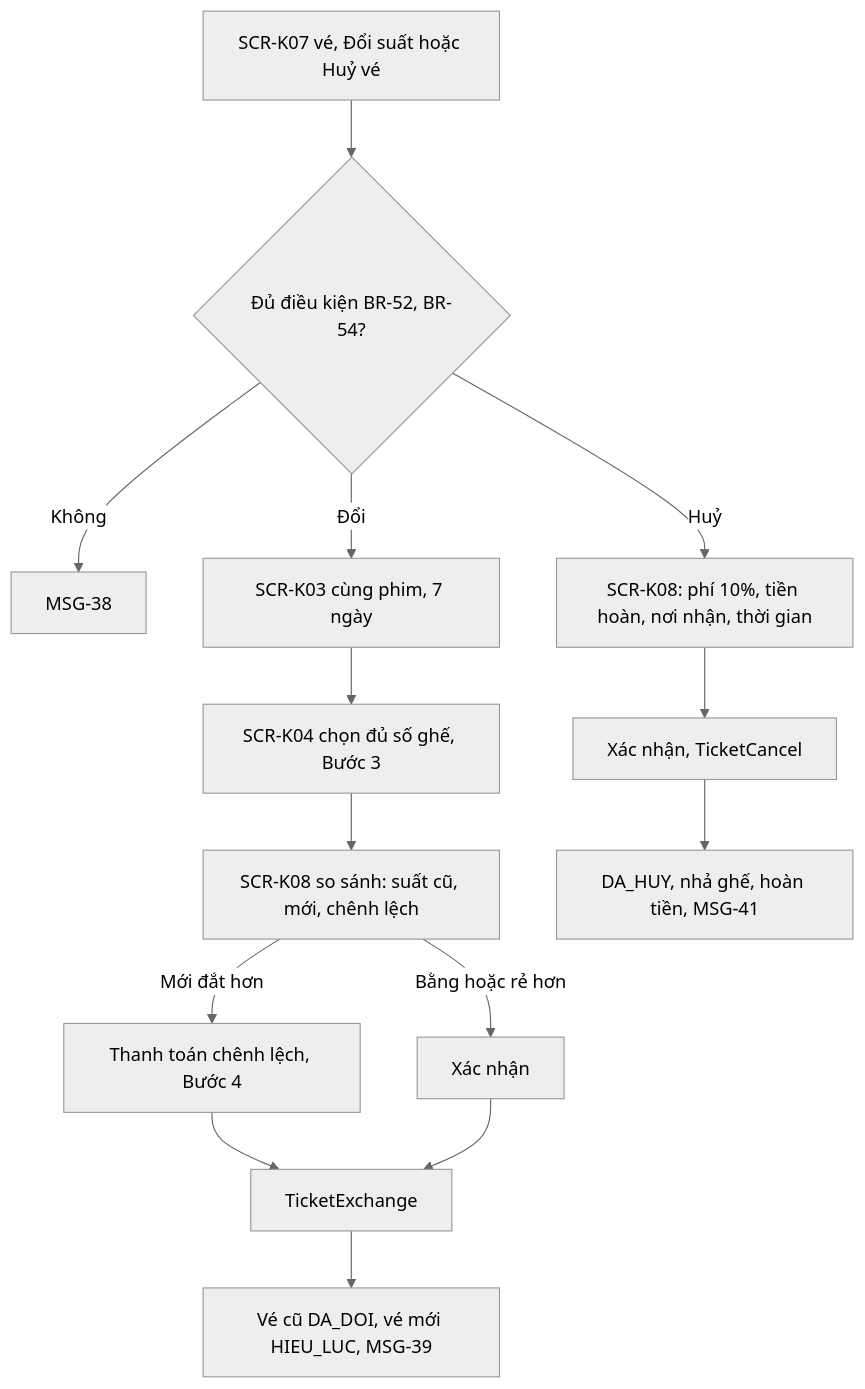
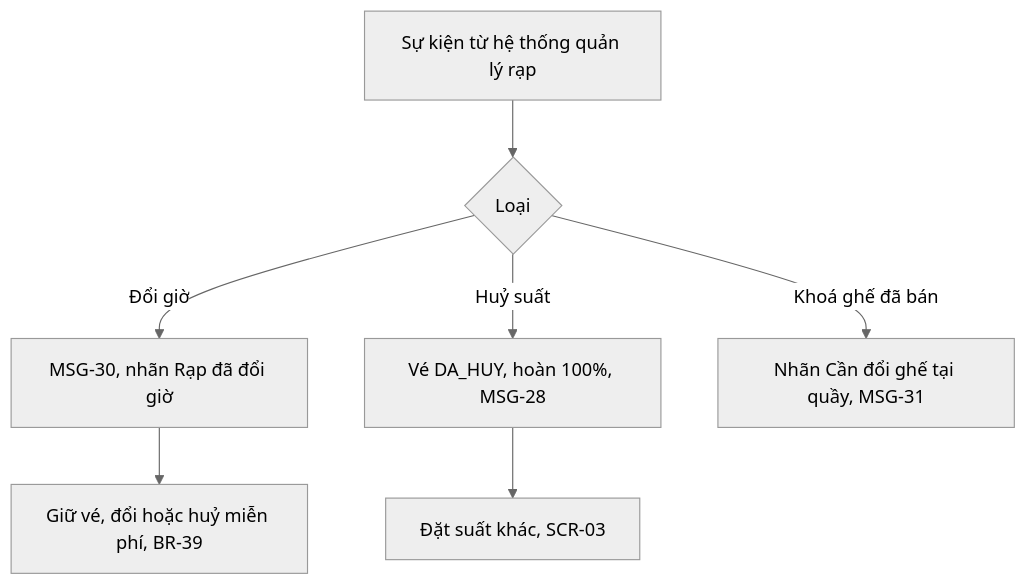
Before and after one commit to uxfoundation-vn/de08-dat-ve-xem-phim: diagram 11 of 15 in docs/SRS.md, drawn with Mermaid (neutral theme). The commit also changed other lines of this file and 2 other files, not shown here.

First line of the commit message:
Đề 8: chỉ giữ luồng của khách

````diff
--- a/docs/SRS.md
+++ b/docs/SRS.md
@@ -690,16 +560,9 @@
 ```mermaid
 flowchart TD
-  A["SCR-K07 vé, Đổi suất hoặc Huỷ vé"] --> B{"Đủ điều kiện BR-52, BR-54?"}
-  B -->|Không| B1["MSG-38"]
-  B -->|Đổi| C["SCR-K03 cùng phim, 7 ngày"]
-  C --> D["SCR-K04 chọn đủ số ghế, Bước 3"]
-  D --> E["SCR-K08 so sánh: suất cũ, mới, chênh lệch"]
-  E -->|Mới đắt hơn| F["Thanh toán chênh lệch, Bước 4"]
-  E -->|Bằng hoặc rẻ hơn| G["Xác nhận"]
-  F --> H["TicketExchange"]
-  G --> H
-  H --> I["Vé cũ DA_DOI, vé mới HIEU_LUC, MSG-39"]
-  B -->|Huỷ| J["SCR-K08: phí 10%, tiền hoàn, nơi nhận, thời gian"]
-  J --> K["Xác nhận, TicketCancel"]
-  K --> L["DA_HUY, nhả ghế, hoàn tiền, MSG-41"]
+  A["Sự kiện từ hệ thống quản lý rạp"] --> B{"Loại"}
+  B -->|Đổi giờ| C["MSG-30, nhãn Rạp đã đổi giờ"]
+  C --> C1["Giữ vé, đổi hoặc huỷ miễn phí, BR-39"]
+  B -->|Huỷ suất| D["Vé DA_HUY, hoàn 100%, MSG-28"]
+  D --> D1["Đặt suất khác, SCR-03"]
+  B -->|Khoá ghế đã bán| E["Nhãn Cần đổi ghế tại quầy, MSG-31"]
 ```
````
